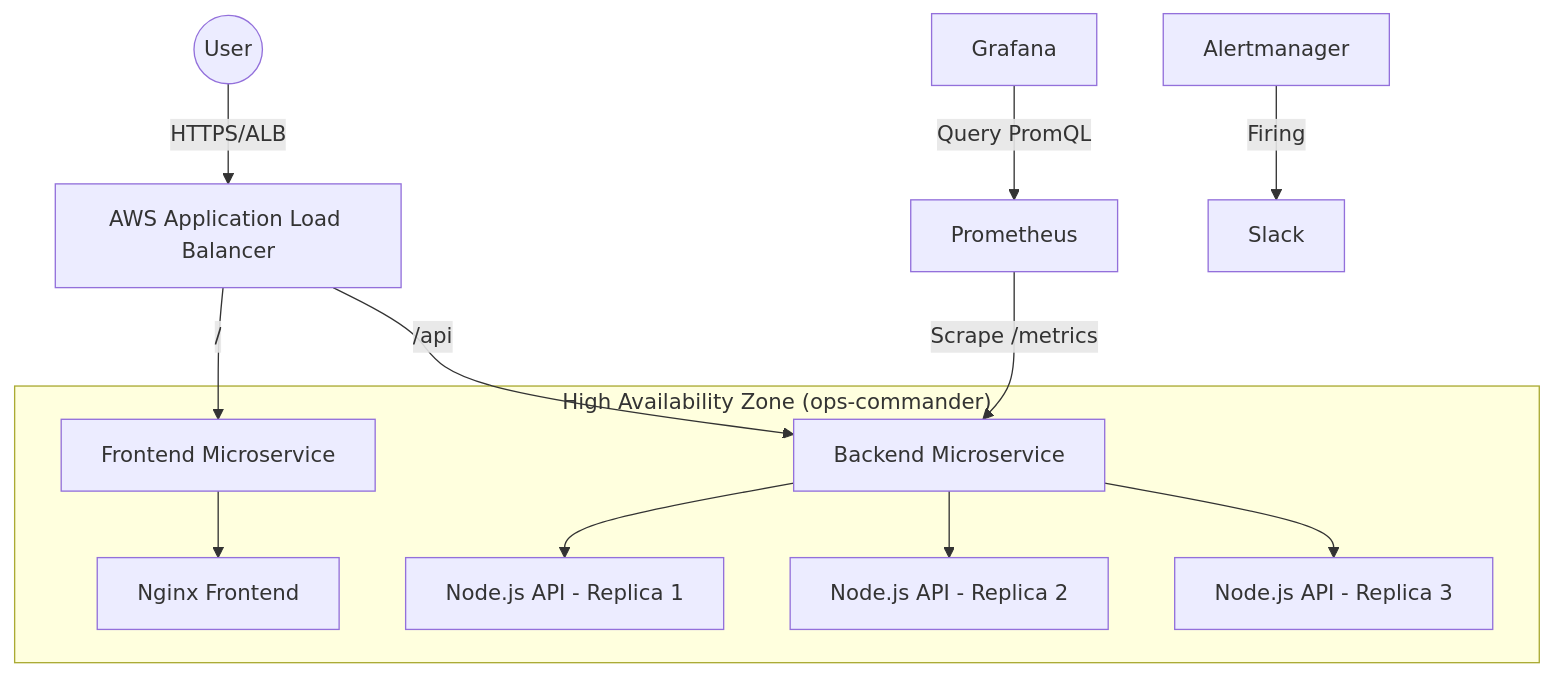
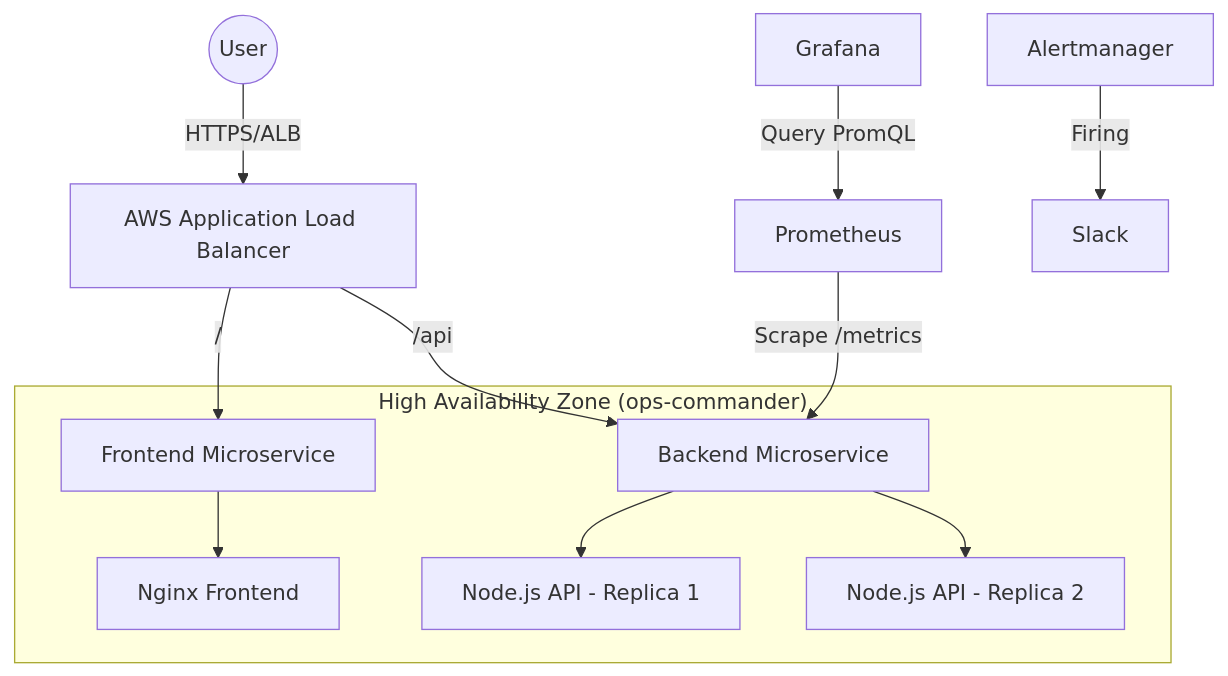
Before and after one commit to solj1z/ops-commander: the diagram in README.md, drawn with Mermaid.

Commit message:
Remove BackendPod3 from architecture diagram
Removed BackendPod3 from the High Availability Zone diagram.

````diff
--- a/README.md
+++ b/README.md
@@ -13,17 +13,16 @@
 ```mermaid
 graph TD
     User((User)) -->|HTTPS/ALB| Ingress[AWS Application Load Balancer]
     Ingress -->|/| UI[Frontend Microservice]
     Ingress -->|/api| API[Backend Microservice]
     
     subgraph "High Availability Zone (ops-commander)"
         UI --> FrontendPod[Nginx Frontend]
         API --> BackendPod1[Node.js API - Replica 1]
         API --> BackendPod2[Node.js API - Replica 2]
-        API --> BackendPod3[Node.js API - Replica 3]
     end
 
     Prometheus[Prometheus] -->|Scrape /metrics| API
     Grafana[Grafana] -->|Query PromQL| Prometheus
     Alertmanager[Alertmanager] -->|Firing| Slack
 ```
````
